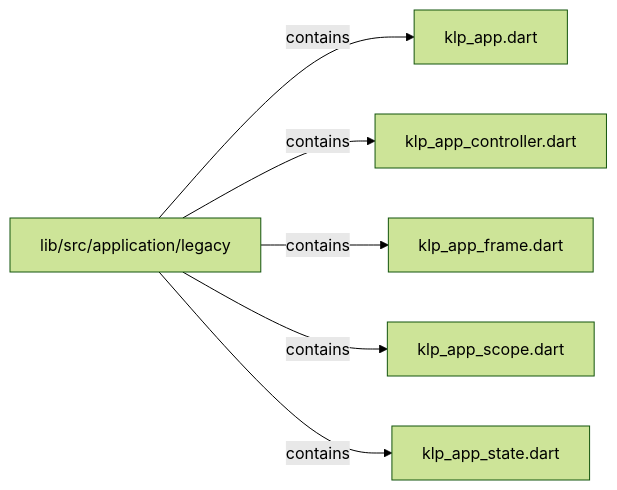
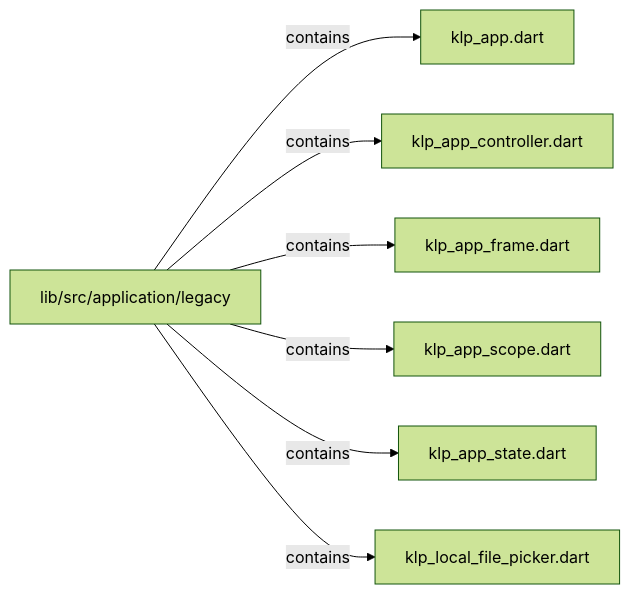
The third of 3 diagrams in docs/architecture/src/application/legacy/README.md (MiuDog/Kallopis), drawn with Mermaid (forest theme) before and after one commit. The commit also changed other lines of this file and 9688 other files, not shown here.

Commit message:
Prepare isolated Flow F2 peer baseline

````diff
--- a/docs/architecture/src/application/legacy/README.md
+++ b/docs/architecture/src/application/legacy/README.md
@@ -67,14 +78,16 @@
 ```mermaid
 flowchart LR
 	n0["lib/src/application/legacy"]
 	n1["klp_app.dart"]
 	n2["klp_app_controller.dart"]
 	n3["klp_app_frame.dart"]
 	n4["klp_app_scope.dart"]
 	n5["klp_app_state.dart"]
+	n6["klp_local_file_picker.dart"]
 	n0 -->|"contains"| n1
 	n0 -->|"contains"| n2
 	n0 -->|"contains"| n3
 	n0 -->|"contains"| n4
 	n0 -->|"contains"| n5
+	n0 -->|"contains"| n6
 ```
````
